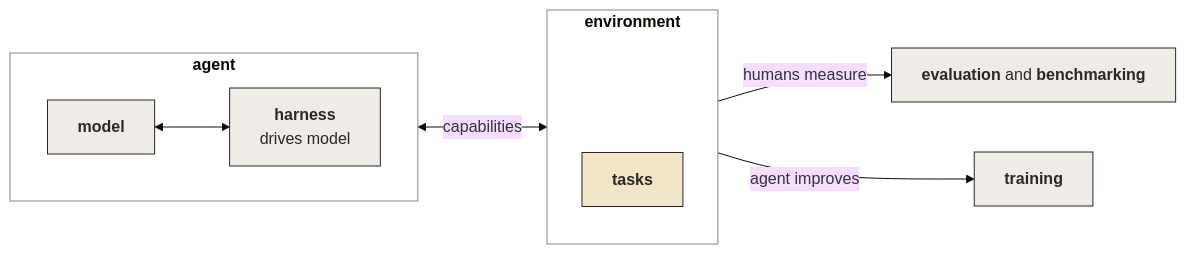
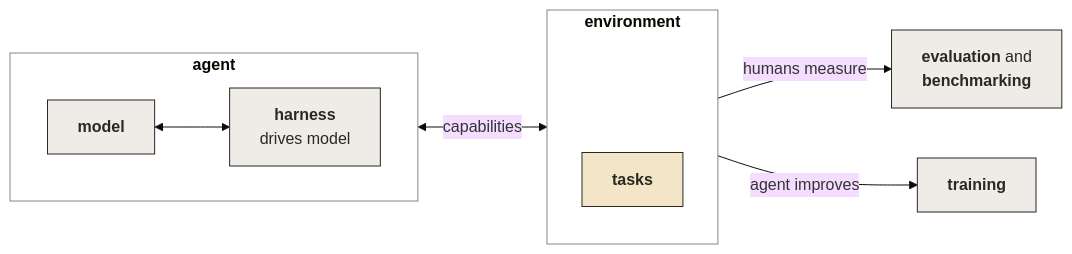
The diagram in docs/v6/start/index.mdx (hud-evals/hud-python), drawn with Mermaid (base theme) before and after one commit. The commit also changed other lines of this file and 2 other files, not shown here.

````diff
--- a/docs/v6/start/index.mdx
+++ b/docs/v6/start/index.mdx
@@ -25,29 +25,29 @@
 ```mermaid
 flowchart LR
     subgraph AG["<b>agent</b>"]
         direction LR
         M["<b>model</b>"]
         H["<b>harness</b><br/>drives model"]
         M <--> H
     end
 
     subgraph EN["<b>environment</b>"]
         direction TB
         SP[" "]
         T["<b>tasks</b>"]
         SP ~~~ T
     end
 
     AG <-->|capabilities| EN
-    EN -->|humans measure| EV["<b>evaluation</b>#160;and#160;<b>benchmarking</b>"]
+    EN -->|humans measure| EV["<b>evaluation</b> and<br/><b>benchmarking</b>"]
     EN -->|agent improves| TR["<b>training</b>"]
 
     classDef node fill:#efece8,stroke:#2b2722,stroke-width:1px,color:#2b2722;
     classDef task fill:#f3e6c8,stroke:#2b2722,stroke-width:1px,color:#2b2722;
     classDef spacer fill:transparent,stroke:transparent,color:transparent;
     class M,H,EV,TR node;
     class T task;
     class SP spacer;
     style AG fill:transparent,stroke:#8a8580,stroke-width:1px;
     style EN fill:transparent,stroke:#8a8580,stroke-width:1px;
 ```
````
